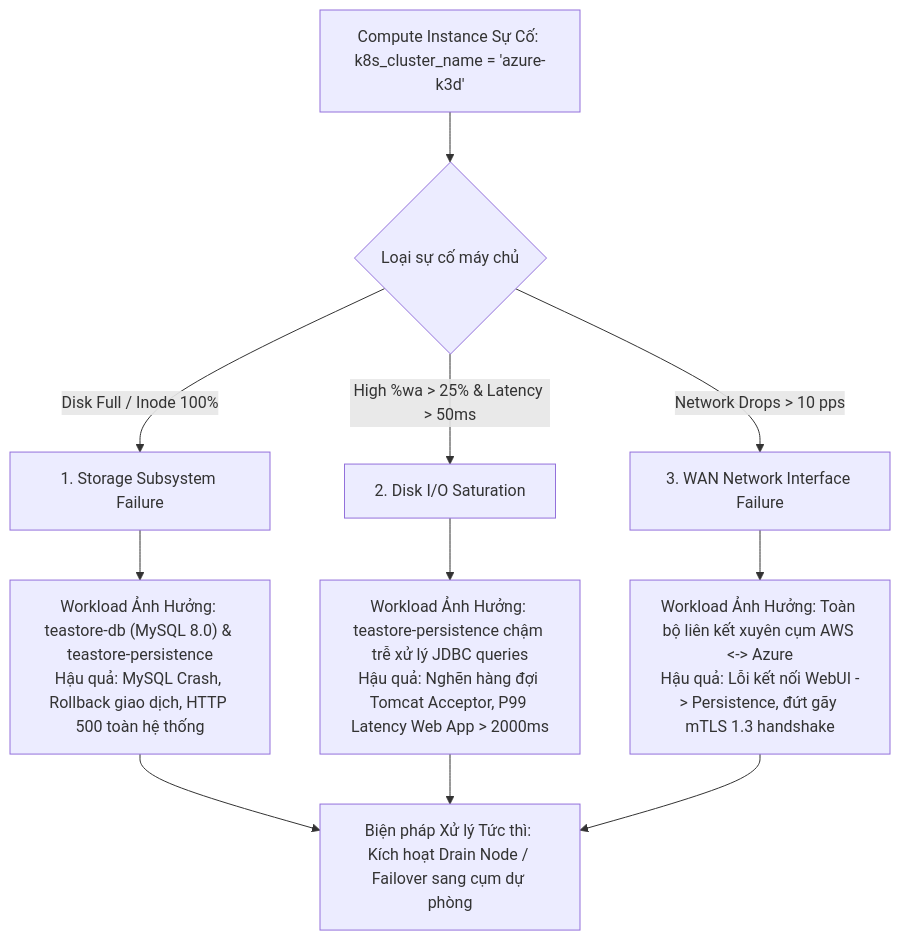
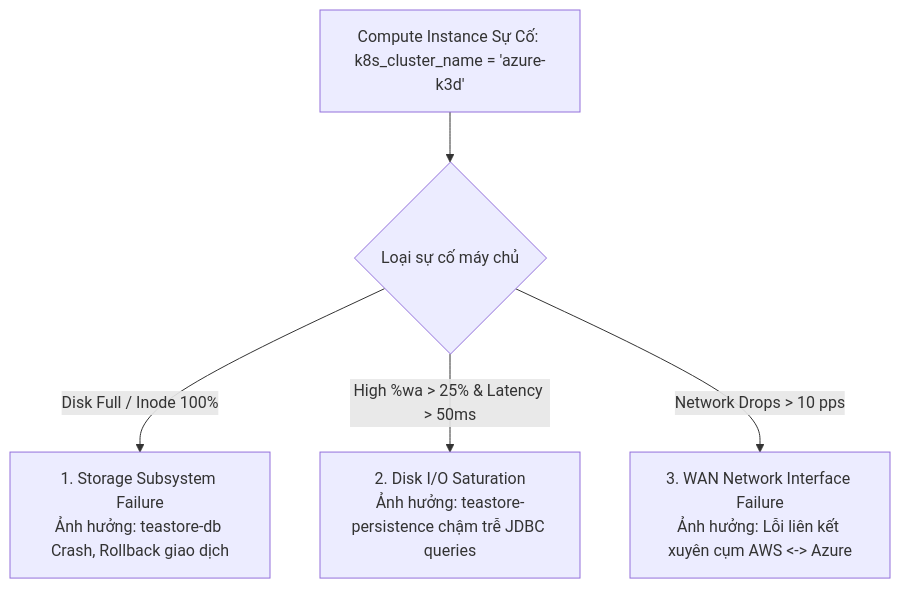
The fourth of 7 diagrams in docs/schemas/RESOURCE_MONITORING_SCHEMAS.md (nnviet23/multicloud-monitoring), drawn with Mermaid before and after one commit. The commit also changed other lines of this file and 64 other files, not shown here.

Commit message:
update  schema based OTel native and update grafana visualize

````diff
--- a/docs/schemas/RESOURCE_MONITORING_SCHEMAS.md
+++ b/docs/schemas/RESOURCE_MONITORING_SCHEMAS.md
@@ -267,17 +148,7 @@
 ```mermaid
 flowchart TD
     HostAlert["Compute Instance Sự Cố: k8s_cluster_name = 'azure-k3d'"] --> Classify{"Loại sự cố máy chủ"}
-    
-    Classify -->|Disk Full / Inode 100%| Path1["1. Storage Subsystem Failure"]
-    Path1 --> Impact1["Workload Ảnh Hưởng: teastore-db (MySQL 8.0) & teastore-persistence<br/>Hậu quả: MySQL Crash, Rollback giao dịch, HTTP 500 toàn hệ thống"]
-    
-    Classify -->|High %wa > 25% & Latency > 50ms| Path2["2. Disk I/O Saturation"]
-    Path2 --> Impact2["Workload Ảnh Hưởng: teastore-persistence chậm trễ xử lý JDBC queries<br/>Hậu quả: Nghẽn hàng đợi Tomcat Acceptor, P99 Latency Web App > 2000ms"]
-    
-    Classify -->|Network Drops > 10 pps| Path3["3. WAN Network Interface Failure"]
-    Path3 --> Impact3["Workload Ảnh Hưởng: Toàn bộ liên kết xuyên cụm AWS <-> Azure<br/>Hậu quả: Lỗi kết nối WebUI -> Persistence, đứt gãy mTLS 1.3 handshake"]
-
-    Impact1 --> Mitigate["Biện pháp Xử lý Tức thì: Kích hoạt Drain Node / Failover sang cụm dự phòng"]
-    Impact2 --> Mitigate
-    Impact3 --> Mitigate
+    Classify -->|Disk Full / Inode 100%| Path1["1. Storage Subsystem Failure<br/>Ảnh hưởng: teastore-db Crash, Rollback giao dịch"]
+    Classify -->|High %wa > 25% & Latency > 50ms| Path2["2. Disk I/O Saturation<br/>Ảnh hưởng: teastore-persistence chậm trễ JDBC queries"]
+    Classify -->|Network Drops > 10 pps| Path3["3. WAN Network Interface Failure<br/>Ảnh hưởng: Lỗi liên kết xuyên cụm AWS <-> Azure"]
 ```
````
